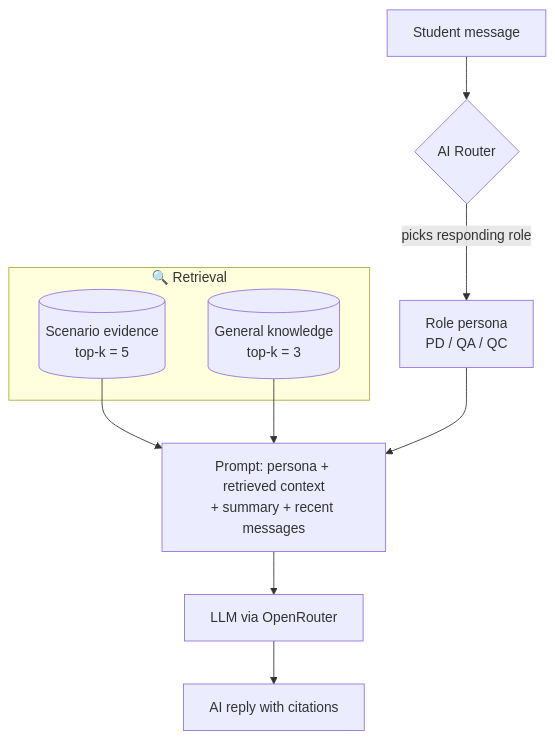
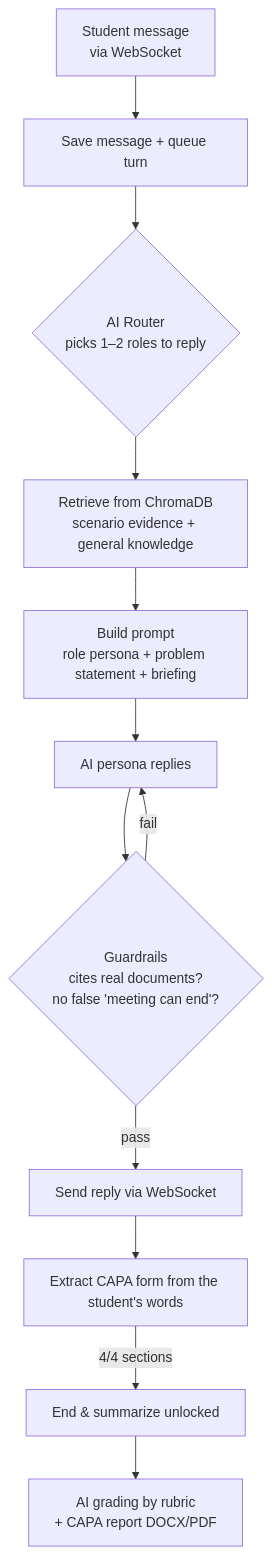
Before and after one commit to thanaphat123/thanaphat123: the second of 2 diagrams in README.md, drawn with Mermaid. The commit also changed other lines of this file, not shown here.

````diff
--- a/README.md
+++ b/README.md
@@ -66,14 +73,14 @@
 ```mermaid
 flowchart TB
-    M[Student message] --> R{AI Router}
-    R -->|picks responding role| P[Role persona<br/>PD / QA / QC]
-    subgraph RAG["🔍 Retrieval"]
-        E[(Scenario evidence<br/>top-k = 5)]
-        K[(General knowledge<br/>top-k = 3)]
-    end
-    E --> C[Prompt: persona + retrieved context<br/>+ summary + recent messages]
-    K --> C
-    P --> C
-    C --> L[LLM via OpenRouter]
-    L --> A[AI reply with citations]
+    M[Student message<br/>via WebSocket] --> Q[Save message + queue turn]
+    Q --> R{AI Router<br/>picks 1–2 roles to reply}
+    R --> RAG[Retrieve from ChromaDB<br/>scenario evidence + general knowledge]
+    RAG --> P[Build prompt<br/>role persona + problem statement + briefing]
+    P --> L[AI persona replies]
+    L --> G{Guardrails<br/>cites real documents?<br/>no false 'meeting can end'?}
+    G -->|fail| L
+    G -->|pass| S[Send reply via WebSocket]
+    S --> F[Extract CAPA form from the student's words]
+    F -->|4/4 sections| E[End & summarize unlocked]
+    E --> GR[AI grading by rubric<br/>+ CAPA report DOCX/PDF]
 ```
````
